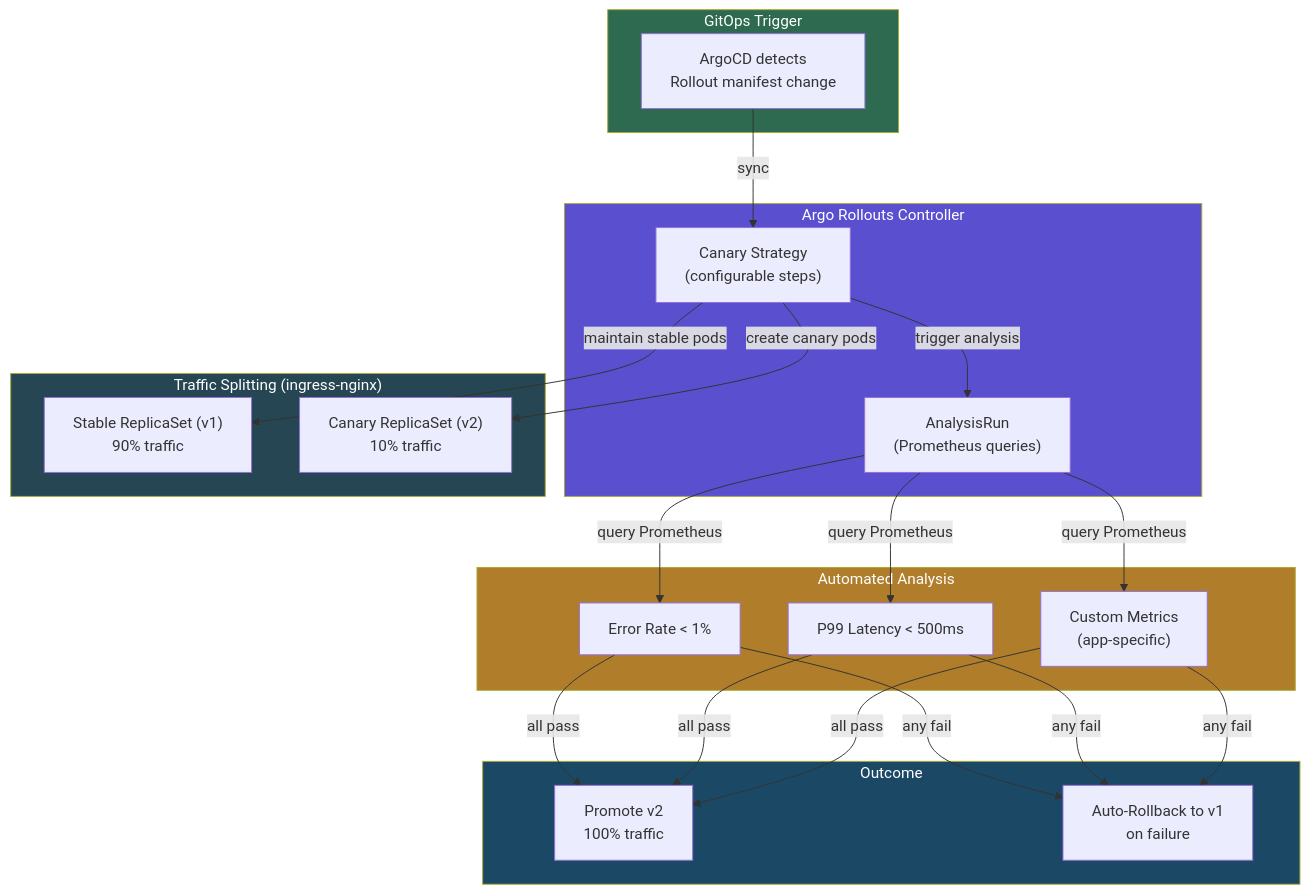
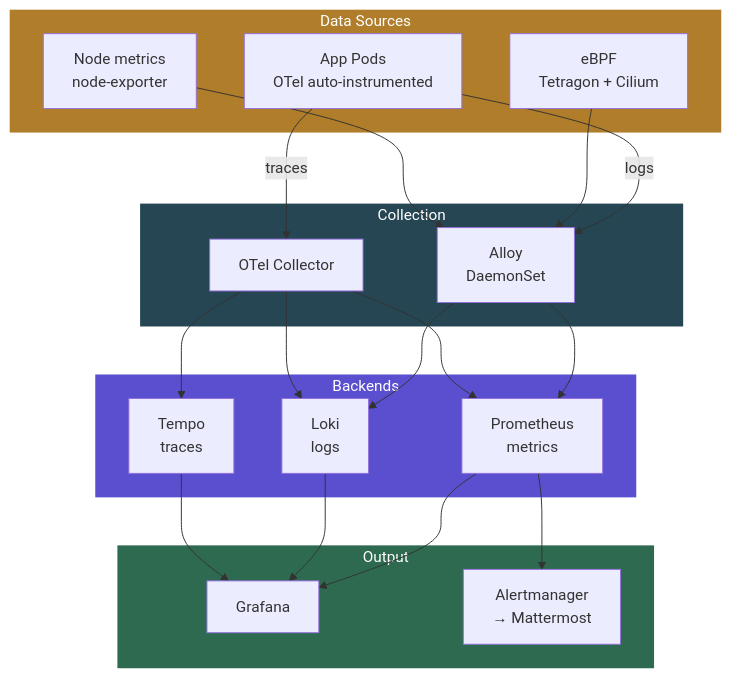
The fifth of 6 diagrams in README.md (kratos81/production-homelab), drawn with Mermaid before and after one commit. The commit also changed other lines of this file, not shown here.

Commit message:
Redesign architecture diagrams — cleaner, fewer, focused

````diff
--- a/README.md
+++ b/README.md
@@ -511,41 +315,38 @@
 ```mermaid
 flowchart TB
-    subgraph GitOps["GitOps Trigger"]
-        ArgoCD3["ArgoCD detects<br/>Rollout manifest change"]
+    subgraph Sources["Data Sources"]
+        Apps["App Pods<br/>OTel auto-instrumented"]
+        Kernel["eBPF<br/>Tetragon + Cilium"]
+        Nodes["Node metrics<br/>node-exporter"]
     end
 
-    subgraph Controller["Argo Rollouts Controller"]
-        Canary["Canary Strategy<br/>(configurable steps)"]
-        Analysis["AnalysisRun<br/>(Prometheus queries)"]
+    subgraph Collection["Collection"]
+        Alloy["Alloy<br/>DaemonSet"]
+        OTel["OTel Collector"]
     end
 
-    subgraph Traffic["Traffic Splitting (ingress-nginx)"]
-        Stable["Stable ReplicaSet (v1)<br/>90% traffic"]
-        Preview["Canary ReplicaSet (v2)<br/>10% traffic"]
+    subgraph Storage["Backends"]
+        Prom["Prometheus<br/>metrics"]
+        Loki["Loki<br/>logs"]
+        Tempo["Tempo<br/>traces"]
     end
 
-    subgraph Metrics["Automated Analysis"]
-        ErrorRate["Error Rate < 1%"]
-        Latency["P99 Latency < 500ms"]
-        Custom["Custom Metrics<br/>(app-specific)"]
+    subgraph Output["Output"]
+        Grafana["Grafana"]
+        Alert["Alertmanager<br/>→ Mattermost"]
     end
 
-    subgraph Outcome["Outcome"]
-        Promote["Promote v2<br/>100% traffic"]
-        Rollback["Auto-Rollback to v1<br/>on failure"]
-    end
+    Apps -->|traces| OTel
+    Apps -->|logs| Alloy
+    Kernel --> Alloy
+    Nodes --> Alloy
+    Alloy --> Prom & Loki
+    OTel --> Prom & Loki & Tempo
+    Prom & Loki & Tempo --> Grafana
+    Prom --> Alert
 
-    ArgoCD3 -->|"sync"| Canary
-    Canary -->|"create canary pods"| Preview
-    Canary -->|"maintain stable pods"| Stable
-    Canary -->|"trigger analysis"| Analysis
-    Analysis -->|"query Prometheus"| ErrorRate & Latency & Custom
-    ErrorRate & Latency & Custom -->|"all pass"| Promote
-    ErrorRate & Latency & Custom -->|"any fail"| Rollback
-
-    style GitOps fill:#2d6a4f,color:#fff
-    style Controller fill:#5a4fcf,color:#fff
-    style Traffic fill:#264653,color:#fff
-    style Metrics fill:#b07d2b,color:#fff
-    style Outcome fill:#1b4965,color:#fff
+    style Sources fill:#b07d2b,color:#fff,stroke:none
+    style Collection fill:#264653,color:#fff,stroke:none
+    style Storage fill:#5a4fcf,color:#fff,stroke:none
+    style Output fill:#2d6a4f,color:#fff,stroke:none
 ```
````
